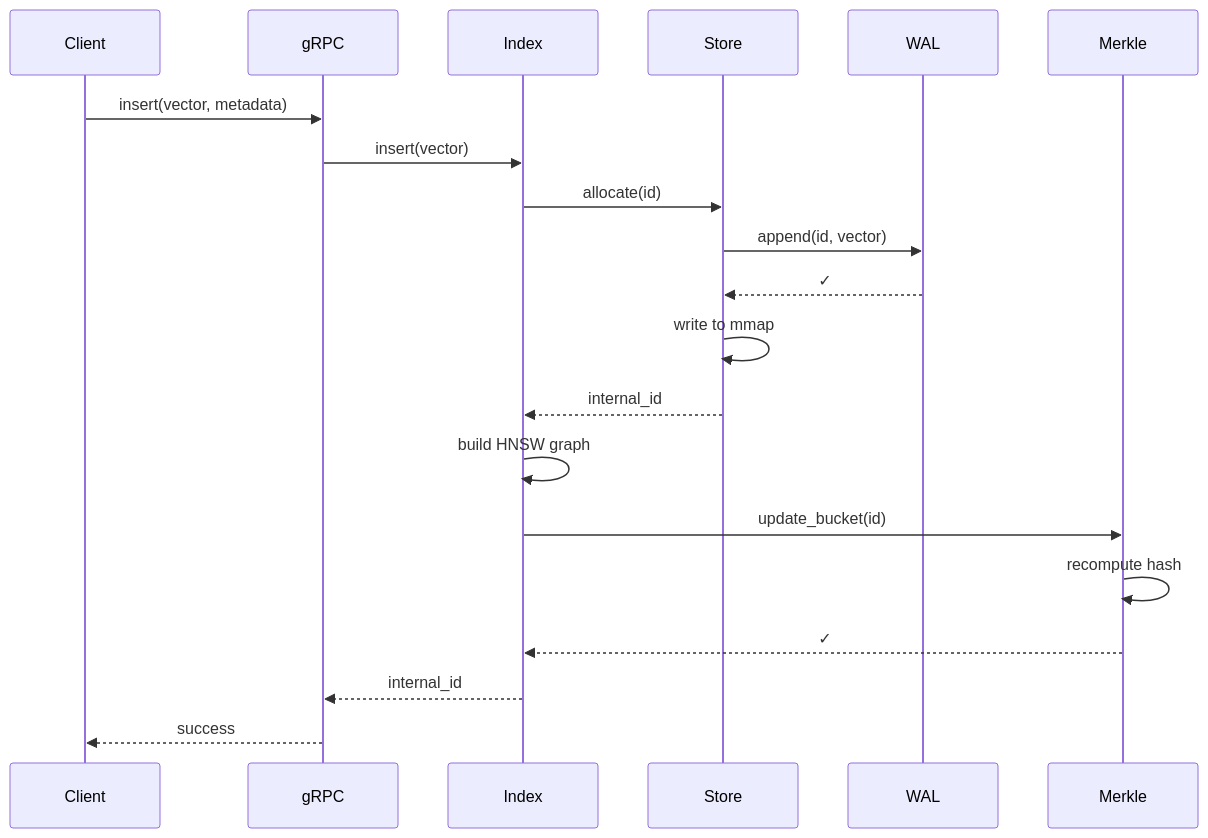
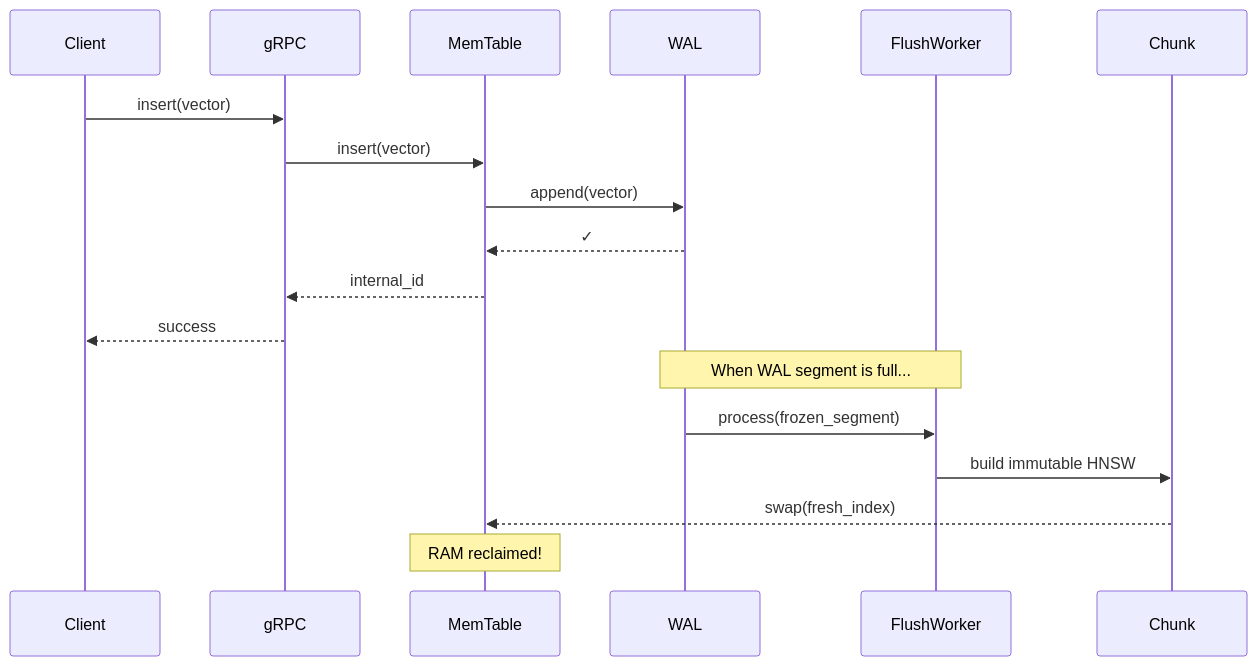
The second of 7 diagrams in docs/ARCHITECTURE.md (YARlabs/hyperspace-db), drawn with Mermaid before and after one commit. The commit also changed other lines of this file and 79 other files, not shown here.

````diff
--- a/docs/ARCHITECTURE.md
+++ b/docs/ARCHITECTURE.md
@@ -62,23 +61,22 @@
 ```mermaid
 sequenceDiagram
     participant Client
     participant gRPC
-    participant Index
-    participant Store
+    participant MemTable
     participant WAL
-    participant Merkle
+    participant FlushWorker
+    participant Chunk
     
-    Client->>gRPC: insert(vector, metadata)
-    gRPC->>Index: insert(vector)
-    Index->>Store: allocate(id)
-    Store->>WAL: append(id, vector)
-    WAL-->>Store: ✓
-    Store->>Store: write to mmap
-    Store-->>Index: internal_id
-    Index->>Index: build HNSW graph
-    Index->>Merkle: update_bucket(id)
-    Merkle->>Merkle: recompute hash
-    Merkle-->>Index: ✓
-    Index-->>gRPC: internal_id
+    Client->>gRPC: insert(vector)
+    gRPC->>MemTable: insert(vector)
+    MemTable->>WAL: append(vector)
+    WAL-->>MemTable: ✓
+    MemTable-->>gRPC: internal_id
     gRPC-->>Client: success
+    
+    Note over WAL, FlushWorker: When WAL segment is full...
+    WAL->>FlushWorker: process(frozen_segment)
+    FlushWorker->>Chunk: build immutable HNSW
+    Chunk-->>MemTable: swap(fresh_index)
+    Note over MemTable: RAM reclaimed!
 ```
````
